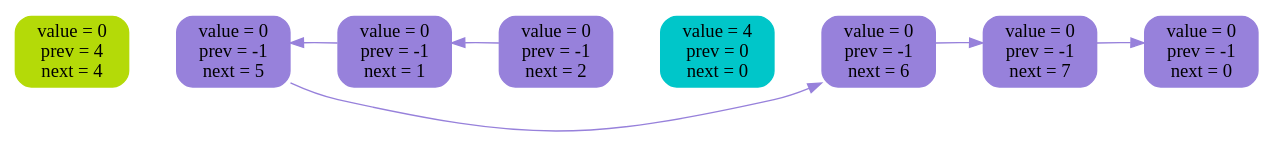
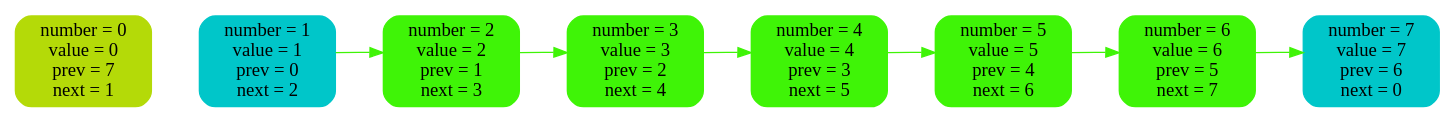
Before and after one commit to 2210223t-lang/2-linked-list: the diagram in list_log/img/8.dot, drawn with Graphviz. The commit also changed 15 other files, not shown here.

```diff
--- a/list_log/img/8.dot
+++ b/list_log/img/8.dot
@@ -1,23 +1,24 @@
 digraph {
 rankdir = LR
-n0 [ label = "value = 0\nprev = 4\nnext = 4", shape = Mrecord, fontsize = 14,style = filled, color = "#b4da08" ]
-n1 [ label = "value = 0\nprev = -1\nnext = 5", shape = Mrecord, fontsize = 14,style = filled, color = "#9781db" ]
-n2 [ label = "value = 0\nprev = -1\nnext = 1", shape = Mrecord, fontsize = 14,style = filled, color = "#9781db" ]
-n3 [ label = "value = 0\nprev = -1\nnext = 2", shape = Mrecord, fontsize = 14,style = filled, color = "#9781db" ]
-n4 [ label = "value = 4\nprev = 0\nnext = 0", shape = Mrecord, fontsize = 14,style = filled, color = "#00c6c9" ]
-n5 [ label = "value = 0\nprev = -1\nnext = 6", shape = Mrecord, fontsize = 14,style = filled, color = "#9781db" ]
-n6 [ label = "value = 0\nprev = -1\nnext = 7", shape = Mrecord, fontsize = 14,style = filled, color = "#9781db" ]
-n7 [ label = "value = 0\nprev = -1\nnext = 0", shape = Mrecord, fontsize = 14,style = filled, color = "#9781db" ]
-n0 -> n1 [ style = invis, weight = 100 ]
-n1 -> n2 [ style = invis, weight = 100 ]
-n2 -> n3 [ style = invis, weight = 100 ]
-n3 -> n4 [ style = invis, weight = 100 ]
-n4 -> n5 [ style = invis, weight = 100 ]
-n5 -> n6 [ style = invis, weight = 100 ]
-n6 -> n7 [ style = invis, weight = 100 ]
-n1 -> n5 [style = filled, color = "#9781db" ]
-n2 -> n1 [style = filled, color = "#9781db" ]
-n3 -> n2 [style = filled, color = "#9781db" ]
-n5 -> n6 [style = filled, color = "#9781db" ]
-n6 -> n7 [style = filled, color = "#9781db" ]
+n0 [ label = "number = 0\nvalue = 0\nprev = 7\nnext = 1", shape = Mrecord, fontsize = 14,style = filled, color = "#b4da08" ]
+n1 [ label = "number = 1\nvalue = 1\nprev = 0\nnext = 2", shape = Mrecord, fontsize = 14,style = filled, color = "#00c6c9" ]
+n2 [ label = "number = 2\nvalue = 2\nprev = 1\nnext = 3", shape = Mrecord, fontsize = 14,style = filled, color = "#3ff407" ]
+n3 [ label = "number = 3\nvalue = 3\nprev = 2\nnext = 4", shape = Mrecord, fontsize = 14,style = filled, color = "#3ff407" ]
+n4 [ label = "number = 4\nvalue = 4\nprev = 3\nnext = 5", shape = Mrecord, fontsize = 14,style = filled, color = "#3ff407" ]
+n5 [ label = "number = 5\nvalue = 5\nprev = 4\nnext = 6", shape = Mrecord, fontsize = 14,style = filled, color = "#3ff407" ]
+n6 [ label = "number = 6\nvalue = 6\nprev = 5\nnext = 7", shape = Mrecord, fontsize = 14,style = filled, color = "#3ff407" ]
+n7 [ label = "number = 7\nvalue = 7\nprev = 6\nnext = 0", shape = Mrecord, fontsize = 14,style = filled, color = "#00c6c9" ]
+n0 -> n1 [ style = invis, weight = 10000 ]
+n1 -> n2 [ style = invis, weight = 10000 ]
+n2 -> n3 [ style = invis, weight = 10000 ]
+n3 -> n4 [ style = invis, weight = 10000 ]
+n4 -> n5 [ style = invis, weight = 10000 ]
+n5 -> n6 [ style = invis, weight = 10000 ]
+n6 -> n7 [ style = invis, weight = 10000 ]
+n1 -> n2 [ color = "#3ff407" ]
+n2 -> n3 [ color = "#3ff407" ]
+n3 -> n4 [ color = "#3ff407" ]
+n4 -> n5 [ color = "#3ff407" ]
+n5 -> n6 [ color = "#3ff407" ]
+n6 -> n7 [ color = "#3ff407" ]
 }
```
